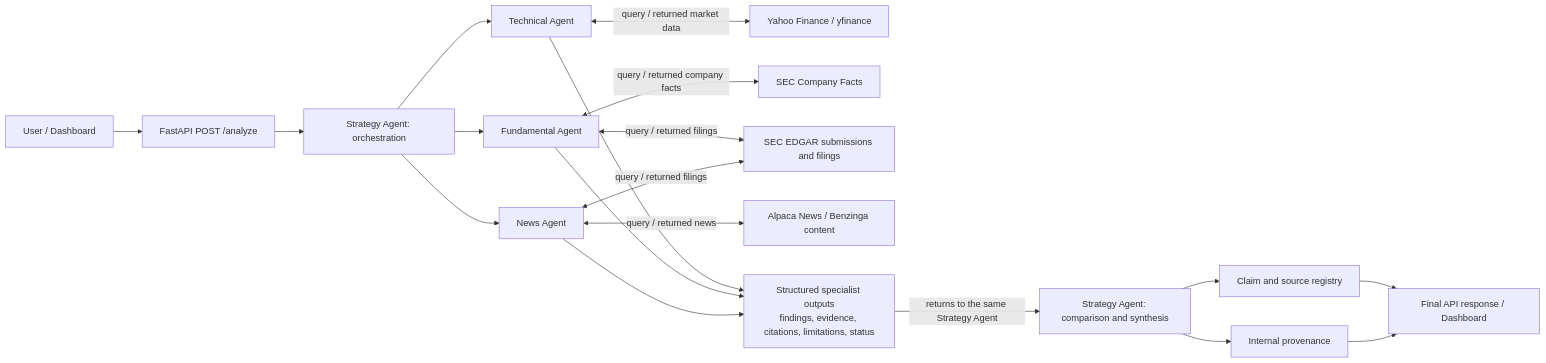
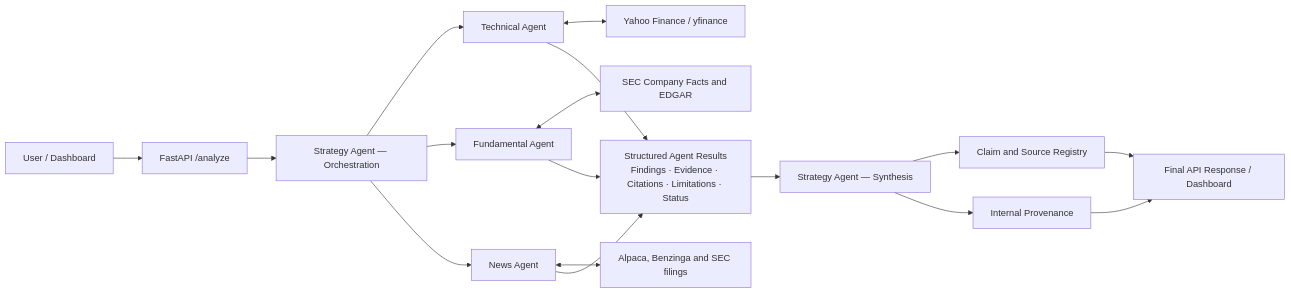
The diagram in README.md (christinezhao030816/us-stock-agent), drawn with Mermaid before and after one commit. The commit also changed other lines of this file, not shown here.

Commit message:
docs: simplify multi-agent architecture

````diff
--- a/README.md
+++ b/README.md
@@ -67,26 +67,24 @@
 ```mermaid
 flowchart LR
-    U[User / Dashboard] --> API[FastAPI POST /analyze]
-    API --> S[Strategy Agent: orchestration]
+    U[User / Dashboard] --> API[FastAPI /analyze]
+    API --> S[Strategy Agent — Orchestration]
 
     S --> T[Technical Agent]
     S --> F[Fundamental Agent]
     S --> N[News Agent]
 
-    T <-->|query / returned market data| Y[Yahoo Finance / yfinance]
-    F <-->|query / returned company facts| CF[SEC Company Facts]
-    F <-->|query / returned filings| ED[SEC EDGAR submissions and filings]
-    N <-->|query / returned news| AN[Alpaca News / Benzinga content]
-    N <-->|query / returned filings| ED
+    T <--> Y[Yahoo Finance / yfinance]
+    F <--> SEC[SEC Company Facts and EDGAR]
+    N <--> NEWS[Alpaca, Benzinga and SEC filings]
 
-    T --> M[Structured specialist outputs<br/>findings, evidence, citations, limitations, status]
+    T --> M[Structured Agent Results<br/>Findings · Evidence · Citations · Limitations · Status]
     F --> M
     N --> M
 
-    M -->|returns to the same Strategy Agent| TS[Strategy Agent: comparison and synthesis]
+    M --> TS[Strategy Agent — Synthesis]
 
-    TS --> ER[Claim and source registry]
-    TS --> IP[Internal provenance]
-    ER --> R[Final API response / Dashboard]
+    TS --> ER[Claim and Source Registry]
+    TS --> IP[Internal Provenance]
+    ER --> R[Final API Response / Dashboard]
     IP --> R
 ```
````
